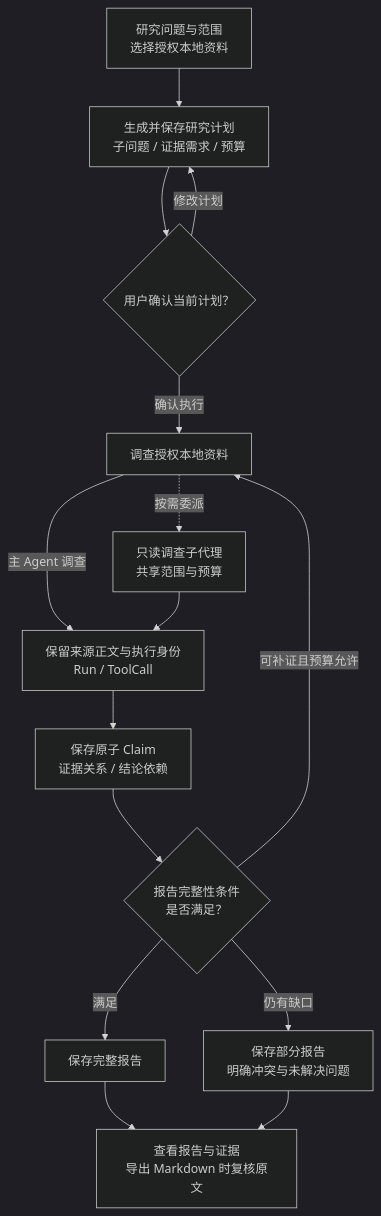
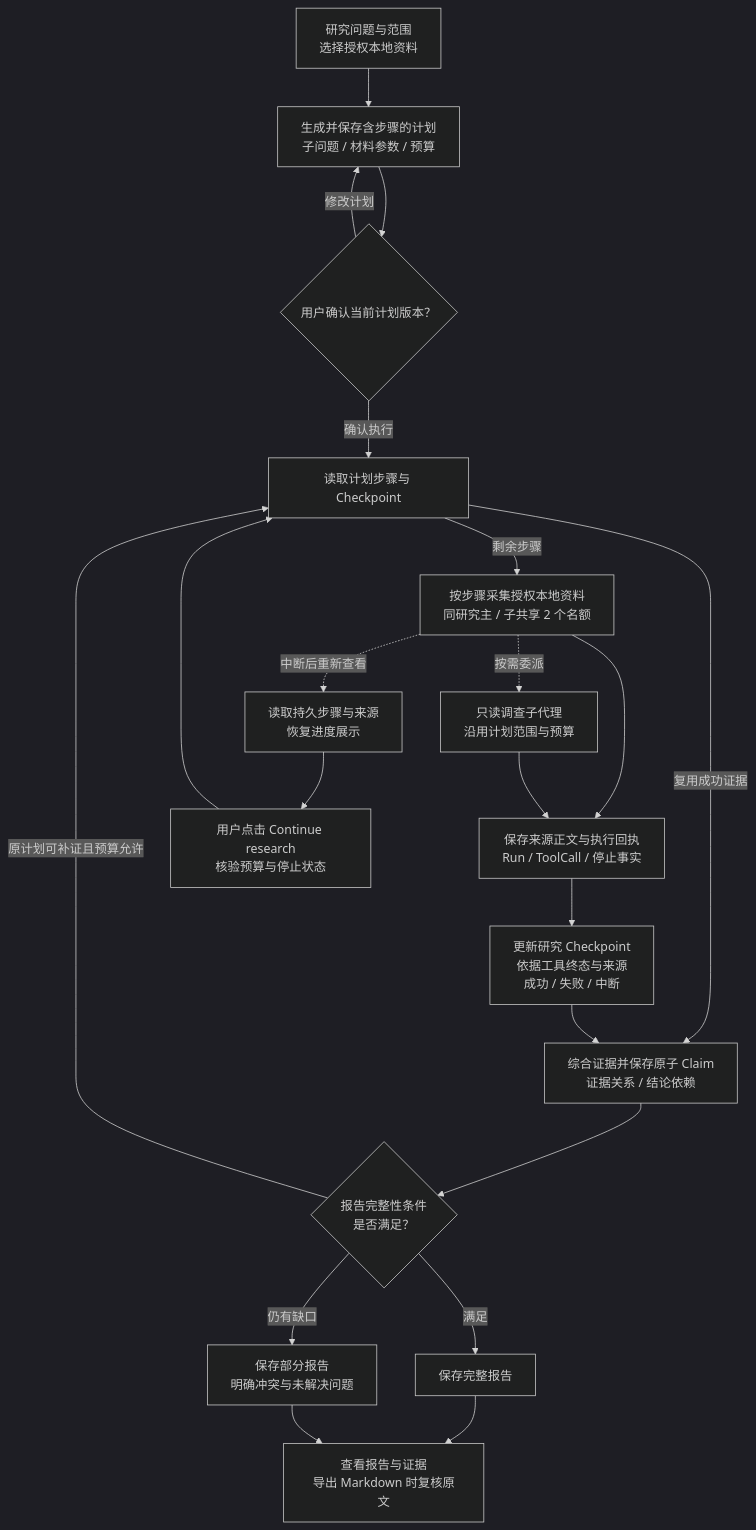
Before and after one commit to ChaoDiDiaoAA/Flowmate: the second of 7 diagrams in README.md, drawn with Mermaid (dark theme). The commit also changed other lines of this file and 24 other files, not shown here.

````diff
--- a/README.md
+++ b/README.md
@@ -108,17 +108,23 @@
 ```mermaid
 flowchart TB
-  Question["研究问题与范围<br/>选择授权本地资料"] --> Plan["生成并保存研究计划<br/>子问题 / 证据需求 / 预算"]
-  Plan --> Confirm{"用户确认当前计划？"}
+  Question["研究问题与范围<br/>选择授权本地资料"] --> Plan["生成并保存含步骤的计划<br/>子问题 / 材料参数 / 预算"]
+  Plan --> Confirm{"用户确认当前计划版本？"}
   Confirm -->|"修改计划"| Plan
-  Confirm -->|"确认执行"| Collect["调查授权本地资料"]
-  Collect -->|"主 Agent 调查"| Sources["保留来源正文与执行身份<br/>Run / ToolCall"]
-  Collect -.->|"按需委派"| Investigator["只读调查子代理<br/>共享范围与预算"]
-  Investigator --> Sources
-  Sources --> Claims["保存原子 Claim<br/>证据关系 / 结论依赖"]
+  Confirm -->|"确认执行"| Steps["读取计划步骤与 Checkpoint"]
+  Steps -->|"剩余步骤"| Collect["按步骤采集授权本地资料<br/>同研究主 / 子共享 2 个名额"]
+  Collect --> Receipts["保存来源正文与执行回执<br/>Run / ToolCall / 停止事实"]
+  Collect -.->|"按需委派"| Investigator["只读调查子代理<br/>沿用计划范围与预算"]
+  Investigator --> Receipts
+  Receipts --> Checkpoint["更新研究 Checkpoint<br/>依据工具终态与来源<br/>成功 / 失败 / 中断"]
+  Steps -->|"复用成功证据"| Claims["综合证据并保存原子 Claim<br/>证据关系 / 结论依赖"]
+  Checkpoint --> Claims
   Claims --> Coverage{"报告完整性条件<br/>是否满足？"}
   Coverage -->|"满足"| Full["保存完整报告"]
-  Coverage -->|"可补证且预算允许"| Collect
+  Coverage -->|"原计划可补证且预算允许"| Steps
   Coverage -->|"仍有缺口"| Partial["保存部分报告<br/>明确冲突与未解决问题"]
   Full --> Deliver["查看报告与证据<br/>导出 Markdown 时复核原文"]
   Partial --> Deliver
+  Collect -.->|"中断后重新查看"| Restore["读取持久步骤与来源<br/>恢复进度展示"]
+  Restore --> Continue["用户点击 Continue research<br/>核验预算与停止状态"]
+  Continue --> Steps
 ```
````
